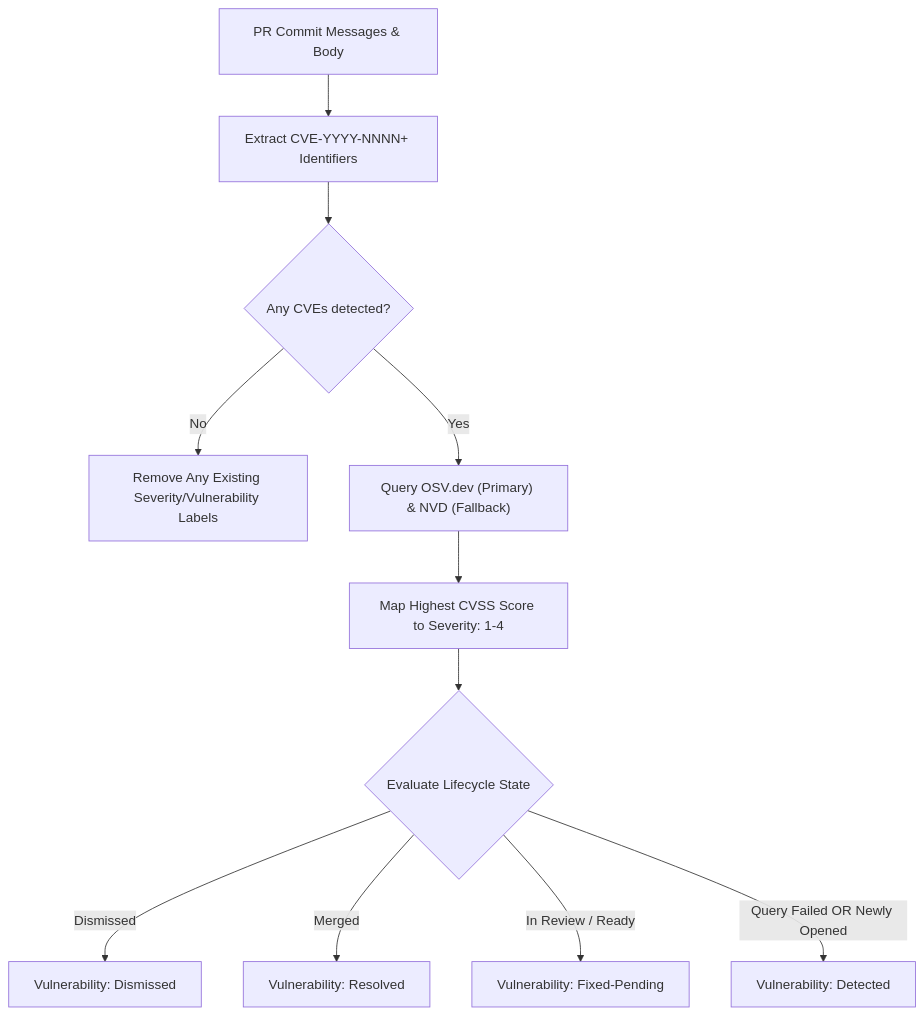
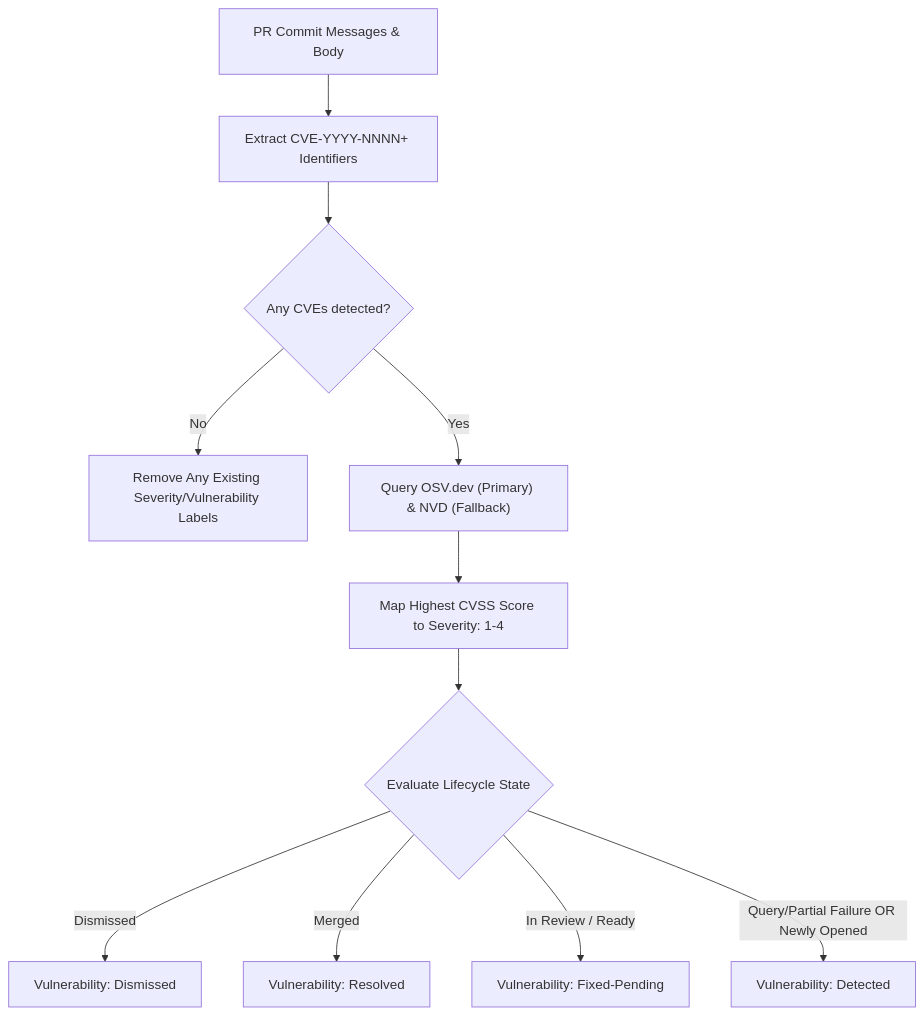
Before and after one commit to openRuyi-Project/abaci-bot: the diagram in docs/modules/vulnerability.md, drawn with Mermaid. The commit also changed other lines of this file and 3 other files, not shown here.

````diff
--- a/docs/modules/vulnerability.md
+++ b/docs/modules/vulnerability.md
@@ -18,13 +18,13 @@
 ```mermaid
 flowchart TD
     PR["PR Commit Messages & Body"] --> Regex["Extract CVE-YYYY-NNNN+ Identifiers"]
     Regex --> Found{"Any CVEs detected?"}
     Found -- No --> Strip["Remove Any Existing Severity/Vulnerability Labels"]
     Found -- Yes --> Query["Query OSV.dev (Primary) & NVD (Fallback)"]
     Query --> Sev["Map Highest CVSS Score to Severity: 1-4"]
     Sev --> State{"Evaluate Lifecycle State"}
     State -- Dismissed --> VDis["Vulnerability: Dismissed"]
     State -- Merged --> VRes["Vulnerability: Resolved"]
     State -- In Review / Ready --> VFix["Vulnerability: Fixed-Pending"]
-    State -- Query Failed OR Newly Opened --> VDet["Vulnerability: Detected"]
+    State -- Query/Partial Failure OR Newly Opened --> VDet["Vulnerability: Detected"]
 ```
````
